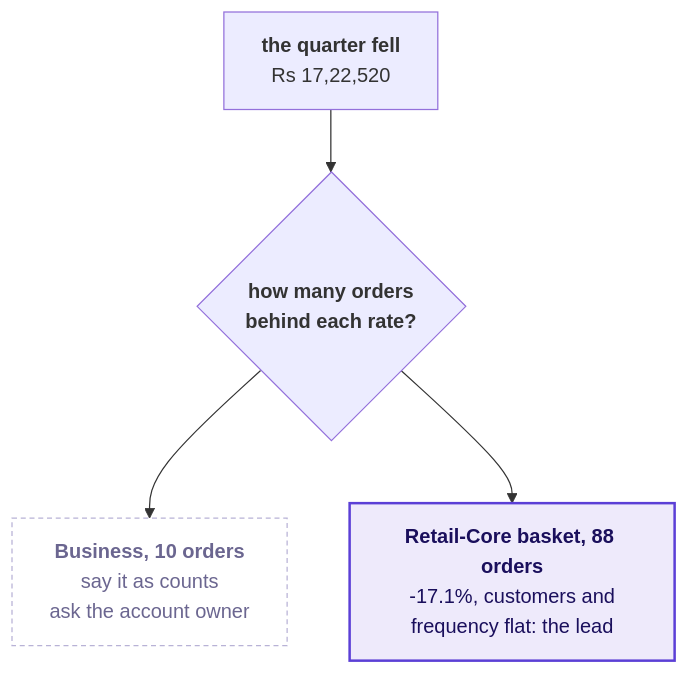
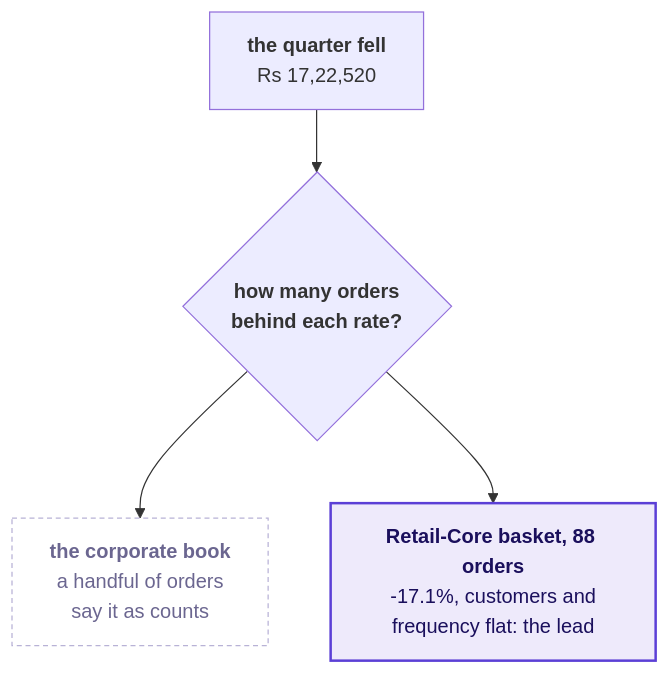
Before and after one commit to fde-academy-lab/c2-content-factory: the eighth of 9 diagrams in content/W01/D5/slides/C2_W01_D05_debrief_STUDENT.md, drawn with Mermaid. The commit also changed other lines of this file and 1 other file, not shown here.

````diff
--- a/content/W01/D5/slides/C2_W01_D05_debrief_STUDENT.md
+++ b/content/W01/D5/slides/C2_W01_D05_debrief_STUDENT.md
@@ -503,10 +522,10 @@
 ```mermaid
 flowchart TB
     T["<b>the quarter fell</b><br/>Rs 17,22,520"] --> Q{"<b>how many orders<br/>behind each rate?</b>"}
-    Q --> B["<b>Business, 10 orders</b><br/>say it as counts<br/>ask the account owner"]
+    Q --> B["<b>the corporate book</b><br/>a handful of orders<br/>say it as counts"]
     Q --> C["<b>Retail-Core basket, 88 orders</b><br/>-17.1%, customers and<br/>frequency flat: the lead"]
     classDef known fill:#EEEAFB,stroke:#5B3FD6,color:#1A0F5C,stroke-width:2px
     classDef unknown fill:#FFFFFF,stroke:#B8B2D6,color:#6B6690,stroke-dasharray:4 3
     class C known
     class B unknown
 ```
````
